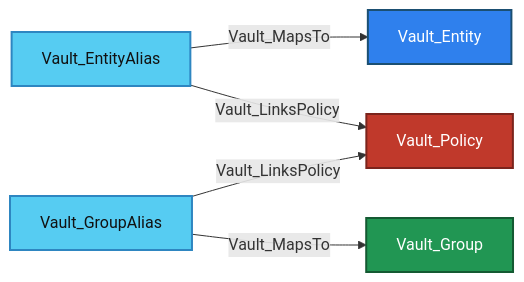
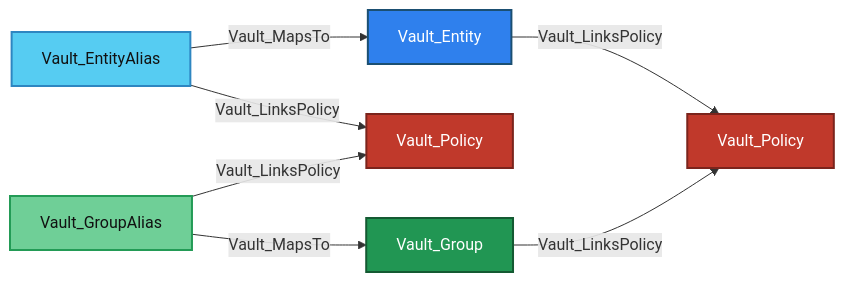
Before and after one commit to bytewreck/opengraph-vault: the second of 12 diagrams in Documentation/stores/IDENTITY.md, drawn with Mermaid.

````diff
--- a/Documentation/stores/IDENTITY.md
+++ b/Documentation/stores/IDENTITY.md
@@ -75,12 +75,15 @@
 ```mermaid
 flowchart LR
-    EA[Vault_EntityAlias]:::aliasNode -->|Vault_MapsTo| VE[Vault_Entity]:::entityNode
+    EA[Vault_EntityAlias]:::entityAliasNode -->|Vault_MapsTo| VE[Vault_Entity]:::entityNode
     EA -->|Vault_LinksPolicy| P1[Vault_Policy]:::policyNode
-    GA[Vault_GroupAlias]:::aliasNode -->|Vault_MapsTo| VG[Vault_Group]:::groupNode
+    VE -->|Vault_LinksPolicy| P2[Vault_Policy]:::policyNode
+    GA[Vault_GroupAlias]:::groupAliasNode -->|Vault_MapsTo| VG[Vault_Group]:::groupNode
     GA -->|Vault_LinksPolicy| P1
+    VG -->|Vault_LinksPolicy| P2
 
-    classDef aliasNode fill:#56CCF2,color:#111,stroke:#2E86C1,stroke-width:2px
     classDef entityNode fill:#2F80ED,color:#fff,stroke:#1B4F72,stroke-width:2px
+    classDef entityAliasNode fill:#56CCF2,color:#111,stroke:#2E86C1,stroke-width:2px
     classDef groupNode fill:#219653,color:#fff,stroke:#145A32,stroke-width:2px
+    classDef groupAliasNode fill:#6FCF97,color:#111,stroke:#239B56,stroke-width:2px
     classDef policyNode fill:#C0392B,color:#fff,stroke:#7B241C,stroke-width:2px
 ```
````
